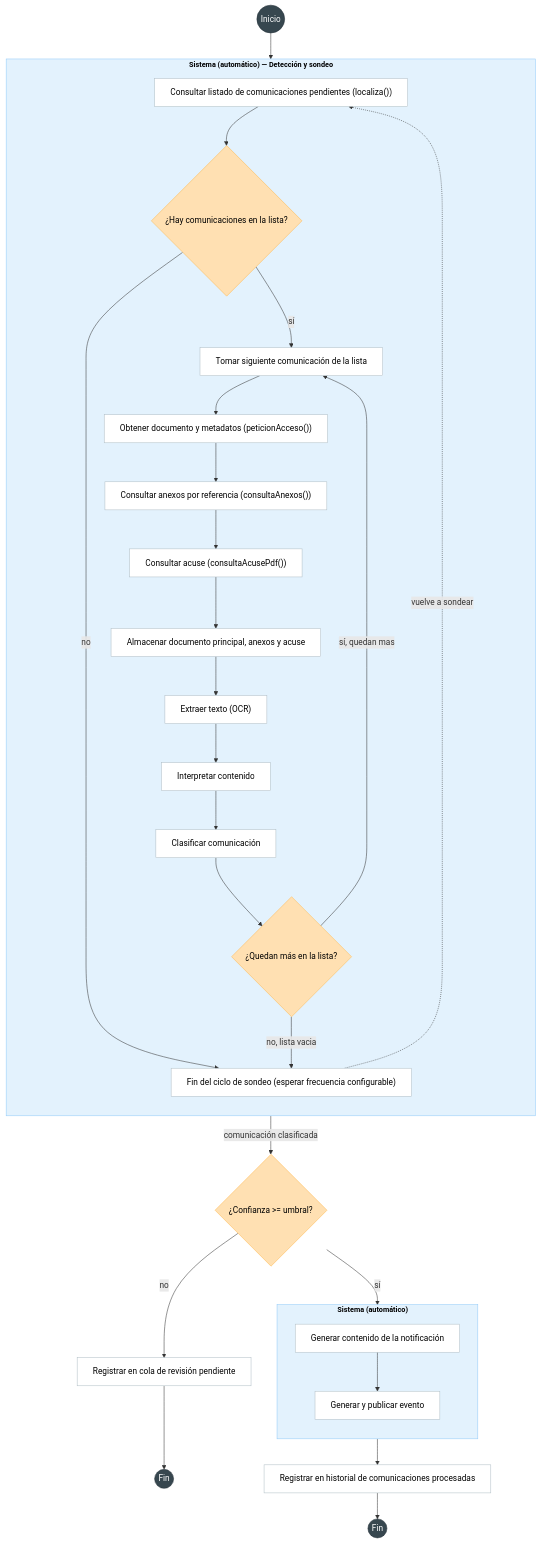
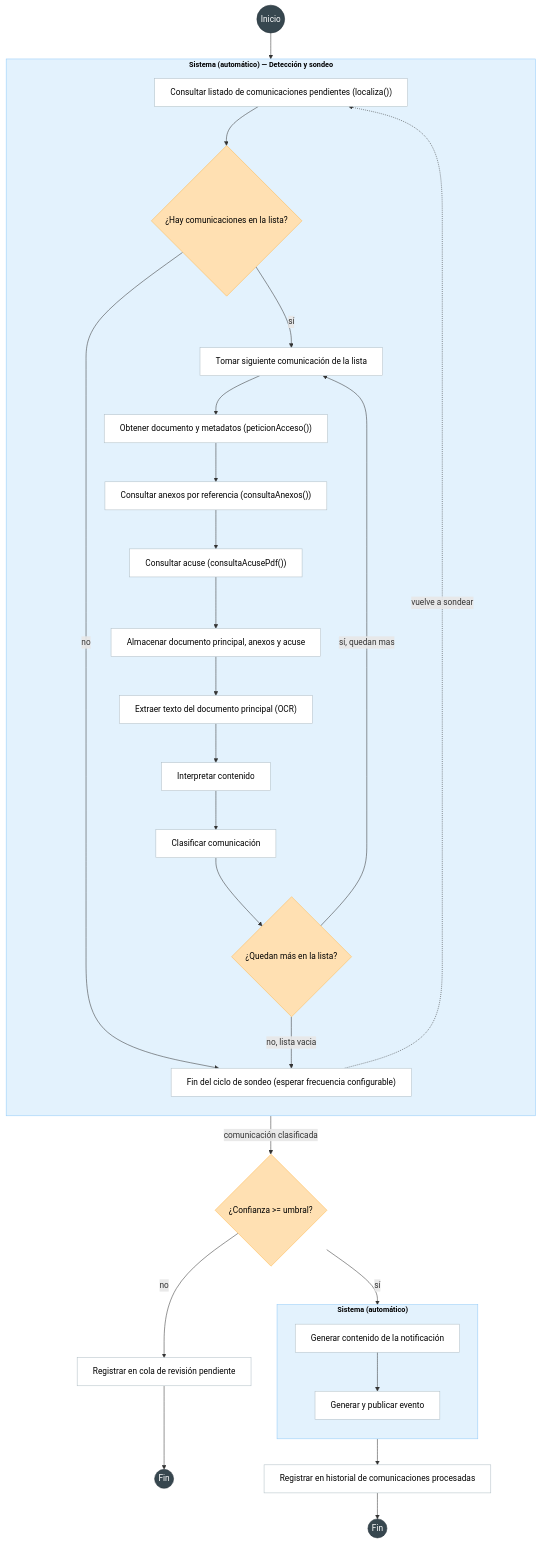
The first of 5 diagrams in Diagramas/Diagramas_de_flujo.md (XIN917/TFM), drawn with Mermaid before and after one commit. The commit also changed other lines of this file, not shown here.

Commit message:
Update flujos

````diff
--- a/Diagramas/Diagramas_de_flujo.md
+++ b/Diagramas/Diagramas_de_flujo.md
@@ -11,52 +11,52 @@
 ```mermaid
 %%{init: {"flowchart": {"wrappingWidth": 600}}}%%
 flowchart TD
     start(("Inicio")) --> a1
 
     subgraph SIS1["Sistema (automático) — Detección y sondeo"]
         direction TB
         a1["Consultar listado de comunicaciones pendientes (localiza())"]
         decHasItems{"¿Hay comunicaciones en la lista?"}
         loopNext["Tomar siguiente comunicación de la lista"]
         a2["Obtener documento y metadatos (peticionAcceso())"]
         aAnexos["Consultar anexos por referencia (consultaAnexos())"]
         aAcuse["Consultar acuse (consultaAcusePdf())"]
         a3["Almacenar documento principal, anexos y acuse"]
-        a4["Extraer texto (OCR)"]
+        a4["Extraer texto del documento principal (OCR)"]
         a5["Interpretar contenido"]
         a6["Clasificar comunicación"]
         decLoop{"¿Quedan más en la lista?"}
         pollWait["Fin del ciclo de sondeo (esperar frecuencia configurable)"]
 
         a1 --> decHasItems
         decHasItems -->|sí| loopNext --> a2 --> aAnexos --> aAcuse --> a3 --> a4 --> a5 --> a6 --> decLoop
         decHasItems -->|no| pollWait
         decLoop -->|sí, quedan mas| loopNext
         decLoop -->|no, lista vacia| pollWait
         pollWait -.->|vuelve a sondear| a1
     end
 
     a6 -->|"comunicación clasificada"| dec1{"¿Confianza >= umbral?"}
     dec1 -->|sí| b1
     dec1 -->|no| pendReview["Registrar en cola de revisión pendiente"] --> stop2(("Fin"))
 
     subgraph SIS2["Sistema (automático)"]
         direction TB
         b1["Generar contenido de la notificación"]
         b2["Generar y publicar evento"]
         b1 --> b2
     end
 
     b2 --> procReg["Registrar en historial de comunicaciones procesadas"] --> stop1(("Fin"))
 
     style SIS1 fill:#E3F2FD,stroke:#90CAF9,color:#000000,font-weight:bold,font-size:14px
     style SIS2 fill:#E3F2FD,stroke:#90CAF9,color:#000000,font-weight:bold,font-size:14px
 
     classDef process fill:#FFFFFF,stroke:#B0BEC5,color:#000000;
     classDef decision fill:#FFE0B2,stroke:#FFB74D,color:#000000;
     classDef terminal fill:#37474F,stroke:#263238,color:#ffffff;
 
     class a1,a2,aAnexos,aAcuse,a3,a4,a5,a6,loopNext,pollWait,b1,b2,pendReview,procReg process
     class dec1,decHasItems,decLoop decision
     class start,stop1,stop2 terminal
 ```
````
